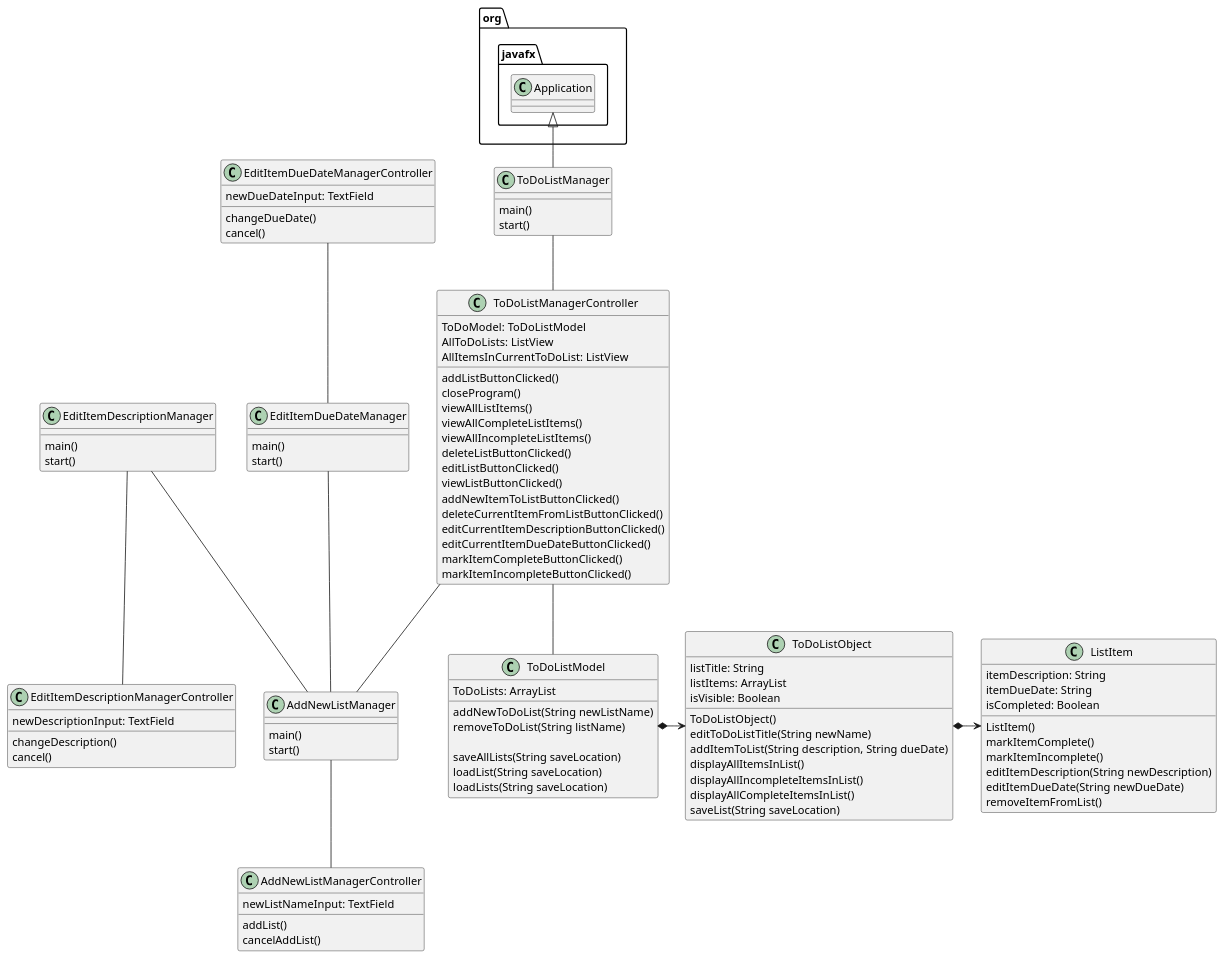
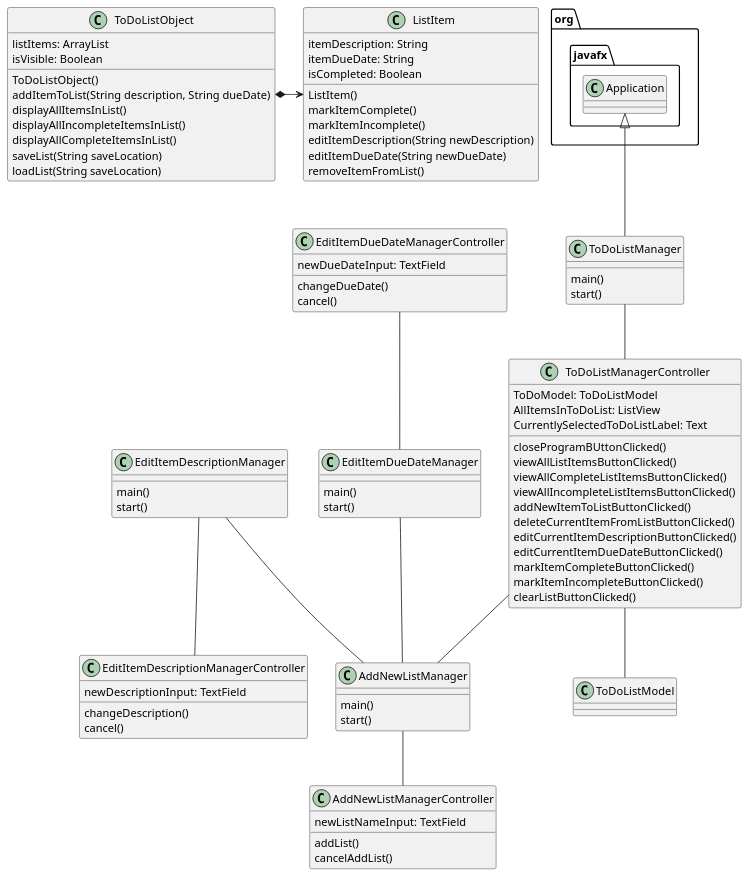
Before and after one commit to theolinardic/To-Do-List-App: the diagram in uml/ToDoListDiagram.puml, drawn with PlantUML. The commit also changed 7 other files, not shown here.

```diff
--- a/uml/ToDoListDiagram.puml
+++ b/uml/ToDoListDiagram.puml
@@ -1,125 +1,109 @@
 @startuml
 'https://plantuml.com/class-diagram
 
 
 class ToDoListManager{
     main()
     start()
 }
 
 class ToDoListManagerController{
     ToDoModel: ToDoListModel
-    AllToDoLists: ListView
-    AllItemsInCurrentToDoList: ListView
+    AllItemsInToDoList: ListView
+    CurrentlySelectedToDoListLabel: Text
 
-    addListButtonClicked()
-    closeProgram()
-    viewAllListItems()
-    viewAllCompleteListItems()
-    viewAllIncompleteListItems()
-    deleteListButtonClicked()
-    editListButtonClicked()
-    viewListButtonClicked()
+    closeProgramBUttonClicked()
+    viewAllListItemsButtonClicked()
+    viewAllCompleteListItemsButtonClicked()
+    viewAllIncompleteListItemsButtonClicked()
     addNewItemToListButtonClicked()
     deleteCurrentItemFromListButtonClicked()
     editCurrentItemDescriptionButtonClicked()
     editCurrentItemDueDateButtonClicked()
     markItemCompleteButtonClicked()
     markItemIncompleteButtonClicked()
+    clearListButtonClicked()
 
     'GUI event handelers'
 }
 
-class ToDoListModel{
-    ToDoLists: ArrayList
-
-    addNewToDoList(String newListName)
-    removeToDoList(String listName)
-
-    saveAllLists(String saveLocation)
-    loadList(String saveLocation)
-    loadLists(String saveLocation)
-}
-
 class ToDoListObject{
-    listTitle: String
     listItems: ArrayList
     isVisible: Boolean
 
     ToDoListObject()
-    editToDoListTitle(String newName)
     addItemToList(String description, String dueDate)
     displayAllItemsInList()
     displayAllIncompleteItemsInList()
     displayAllCompleteItemsInList()
     saveList(String saveLocation)
+    loadList(String saveLocation)
 }
 
 class ListItem{
     itemDescription: String
     itemDueDate: String
     isCompleted: Boolean
 
     ListItem()
     markItemComplete()
     markItemIncomplete()
     editItemDescription(String newDescription)
     editItemDueDate(String newDueDate)
     removeItemFromList()
 }
 
 class AddNewListManager{
 
     main()
     start()
 
 }
 
 class AddNewListManagerController{
     newListNameInput: TextField
 
     addList()
     cancelAddList()
 }
 
 class EditItemDescriptionManager{
     main()
     start()
 }
 
 class EditItemDescriptionManagerController{
     newDescriptionInput: TextField
 
     changeDescription()
     cancel()
 }
 
 class EditItemDueDateManager{
     main()
     start()
 }
 
 class EditItemDueDateManagerController{
     newDueDateInput: TextField
 
     changeDueDate()
     cancel()
 }
 
 org.javafx.Application <|-- ToDoListManager
 ToDoListManager-- ToDoListManagerController
 ToDoListManagerController -- ToDoListModel
-ToDoListModel *->ToDoListObject
 ToDoListObject *-> ListItem
 
 ToDoListManagerController -- AddNewListManager
 AddNewListManager -- AddNewListManagerController
 
 EditItemDescriptionManager -- AddNewListManager
 EditItemDescriptionManager -- EditItemDescriptionManagerController
 
 EditItemDueDateManager -- AddNewListManager
 EditItemDueDateManagerController --EditItemDueDateManager
 
 
 @enduml
```
